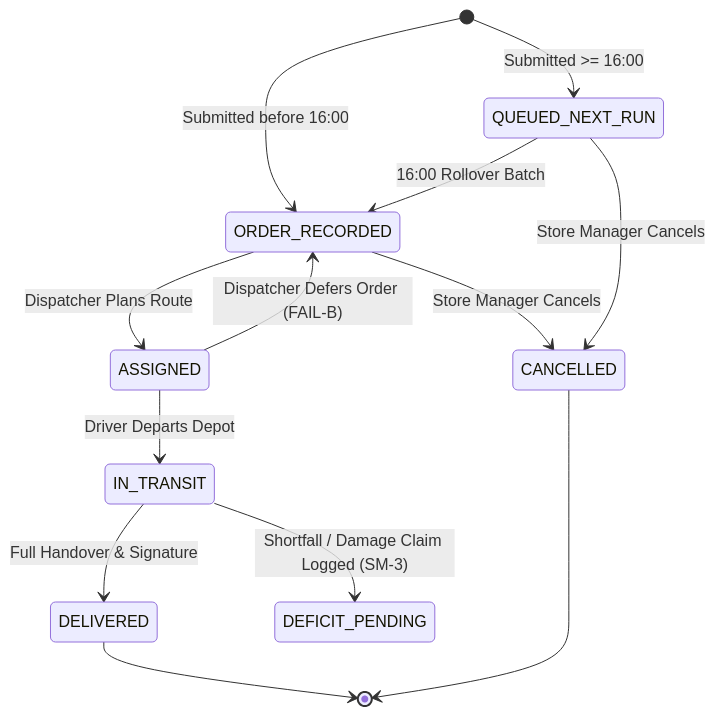
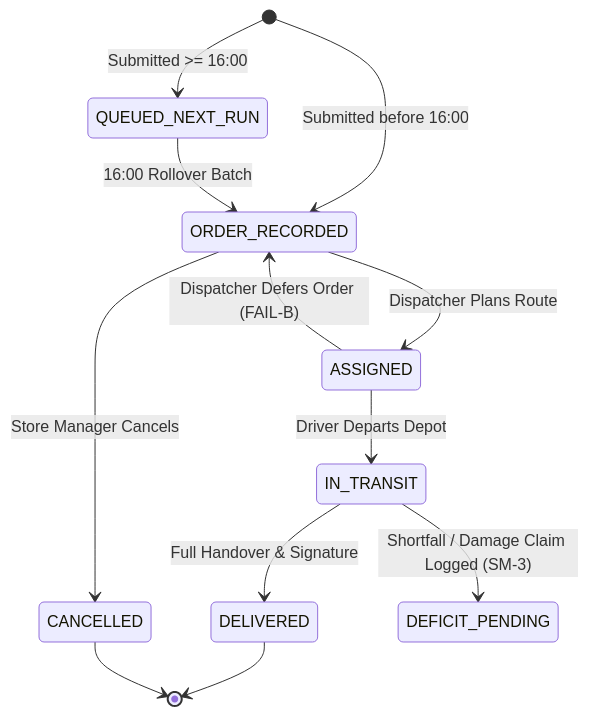
The diagram in docs/store-manager/STORE_MANAGER_STATE_MODEL.md (pasan3251/DevOps_OneWay), drawn with Mermaid before and after one commit. The commit also changed other lines of this file and 26 other files, not shown here.

Commit message:
feat: implement loader and store manager dashboards

````diff
--- a/docs/store-manager/STORE_MANAGER_STATE_MODEL.md
+++ b/docs/store-manager/STORE_MANAGER_STATE_MODEL.md
@@ -38,20 +38,19 @@
 ```mermaid
 stateDiagram-v2
   [*] --> ORDER_RECORDED: Submitted before 16:00
   [*] --> QUEUED_NEXT_RUN: Submitted >= 16:00
   
   ORDER_RECORDED --> ASSIGNED: Dispatcher Plans Route
   ORDER_RECORDED --> CANCELLED: Store Manager Cancels
   
   QUEUED_NEXT_RUN --> ORDER_RECORDED: 16:00 Rollover Batch
-  QUEUED_NEXT_RUN --> CANCELLED: Store Manager Cancels
   
   ASSIGNED --> IN_TRANSIT: Driver Departs Depot
   ASSIGNED --> ORDER_RECORDED: Dispatcher Defers Order (FAIL-B)
   
   IN_TRANSIT --> DELIVERED: Full Handover & Signature
   IN_TRANSIT --> DEFICIT_PENDING: Shortfall / Damage Claim Logged (SM-3)
   
   DELIVERED --> [*]
   CANCELLED --> [*]
 ```
````
